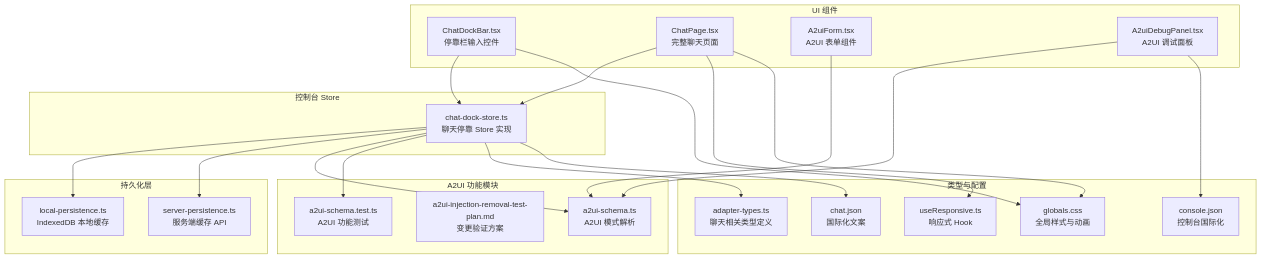
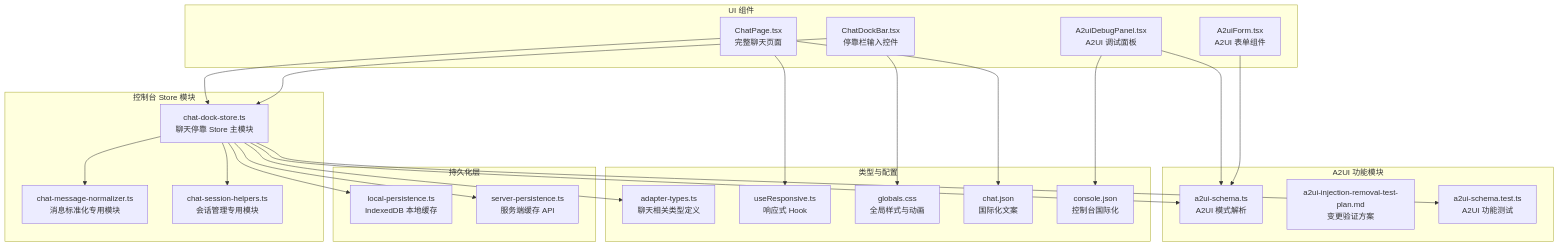
One commit to WW-AI-Lab/openclaw-office changed the first of 13 diagrams in .qoder/repowiki/zh/content/状态管理系统/控制台 Store 系统/聊天停靠 Store.md. Above: the diagram before and after it, drawn with Mermaid. The commit also changed other lines of this file and 27 other files, not shown here.

````diff
--- a/.qoder/repowiki/zh/content/状态管理系统/控制台 Store 系统/聊天停靠 Store.md
+++ b/.qoder/repowiki/zh/content/状态管理系统/控制台 Store 系统/聊天停靠 Store.md
@@ -53,42 +60,45 @@
 ```mermaid
 graph TB
-subgraph "控制台 Store"
-A["chat-dock-store.ts<br/>聊天停靠 Store 实现"]
+subgraph "控制台 Store 模块"
+A["chat-dock-store.ts<br/>聊天停靠 Store 主模块"]
+B["chat-message-normalizer.ts<br/>消息标准化专用模块"]
+C["chat-session-helpers.ts<br/>会话管理专用模块"]
 end
 subgraph "持久化层"
-B["local-persistence.ts<br/>IndexedDB 本地缓存"]
-C["server-persistence.ts<br/>服务端缓存 API"]
+D["local-persistence.ts<br/>IndexedDB 本地缓存"]
+E["server-persistence.ts<br/>服务端缓存 API"]
 end
 subgraph "UI 组件"
-D["ChatDockBar.tsx<br/>停靠栏输入控件"]
-E["ChatPage.tsx<br/>完整聊天页面"]
-F["A2uiForm.tsx<br/>A2UI 表单组件"]
-G["A2uiDebugPanel.tsx<br/>A2UI 调试面板"]
+F["ChatDockBar.tsx<br/>停靠栏输入控件"]
+G["ChatPage.tsx<br/>完整聊天页面"]
+H["A2uiForm.tsx<br/>A2UI 表单组件"]
+I["A2uiDebugPanel.tsx<br/>A2UI 调试面板"]
 end
 subgraph "A2UI 功能模块"
-H["a2ui-schema.ts<br/>A2UI 模式解析"]
-I["a2ui-injection-removal-test-plan.md<br/>变更验证方案"]
-J["a2ui-schema.test.ts<br/>A2UI 功能测试"]
+J["a2ui-schema.ts<br/>A2UI 模式解析"]
+K["a2ui-injection-removal-test-plan.md<br/>变更验证方案"]
+L["a2ui-schema.test.ts<br/>A2UI 功能测试"]
 end
 subgraph "类型与配置"
-K["adapter-types.ts<br/>聊天相关类型定义"]
-L["useResponsive.ts<br/>响应式 Hook"]
-M["globals.css<br/>全局样式与动画"]
-N["chat.json<br/>国际化文案"]
-O["console.json<br/>控制台国际化"]
+M["adapter-types.ts<br/>聊天相关类型定义"]
+N["useResponsive.ts<br/>响应式 Hook"]
+O["globals.css<br/>全局样式与动画"]
+P["chat.json<br/>国际化文案"]
+Q["console.json<br/>控制台国际化"]
 end
 A --> B
 A --> C
-D --> A
-E --> A
-F --> H
-G --> H
-A --> H
+A --> D
+A --> E
+F --> A
+G --> A
+H --> J
+I --> J
 A --> J
-A --> K
-E --> L
-D --> M
-E --> M
-A --> N
-G --> O
+A --> L
+A --> M
+G --> N
+F --> O
+G --> P
+I --> Q
 ```
````
